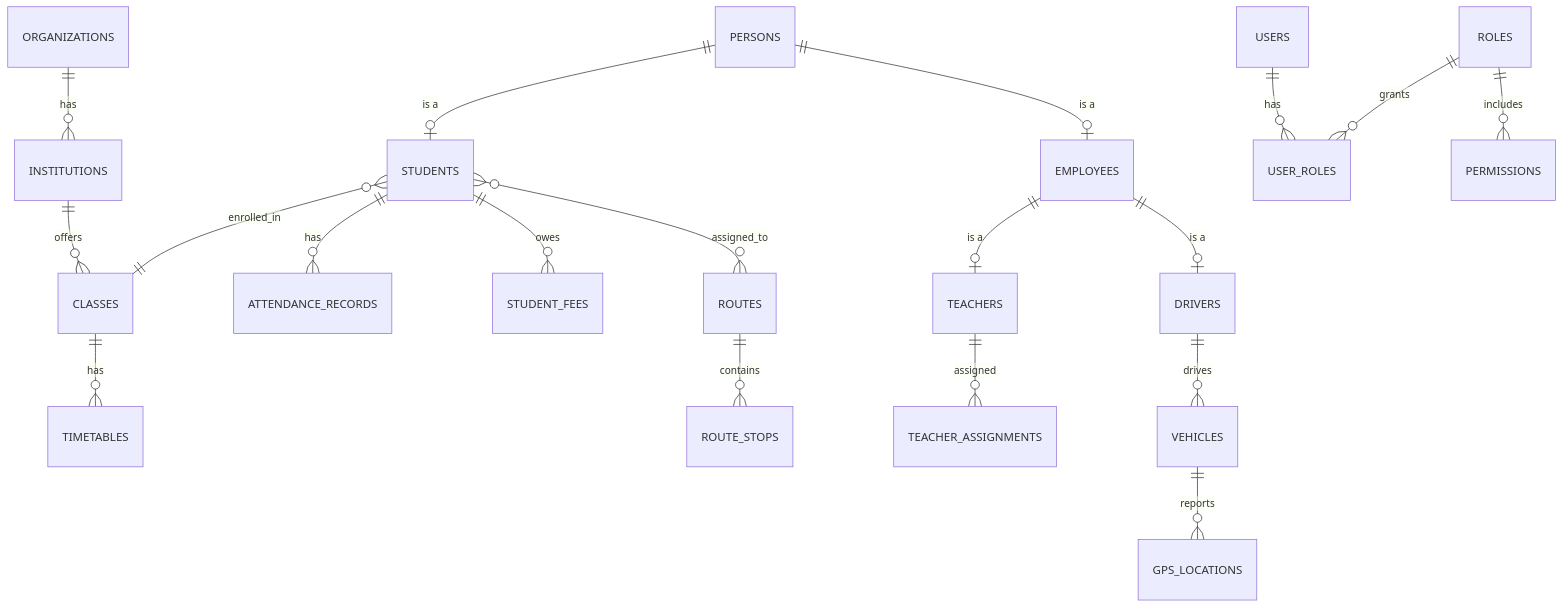
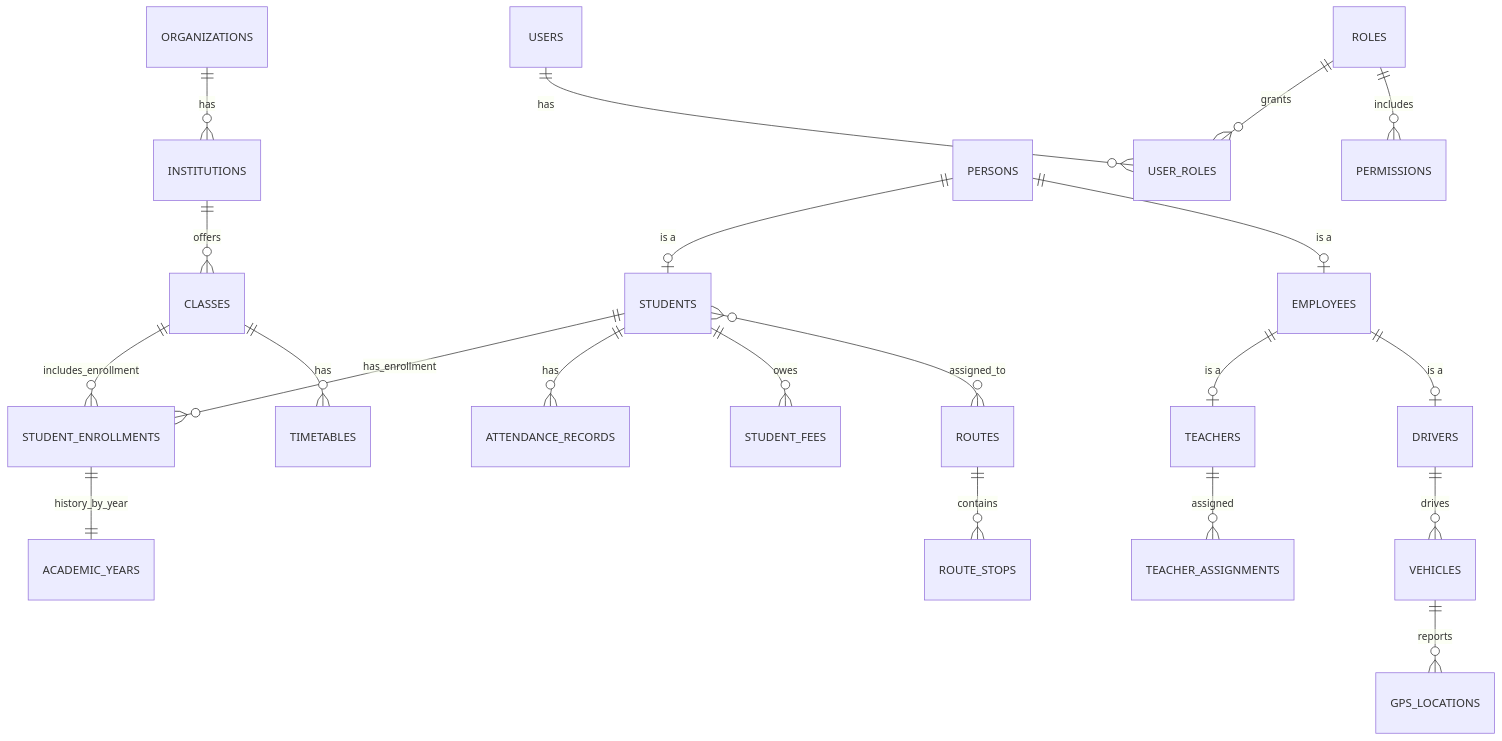
One commit to bgsmedia4u-ctrl/BGS-System changed the third of 4 diagrams in agent context/architecture.md. Above: the diagram before and after it, drawn with Mermaid. The commit also changed other lines of this file and 26 other files, not shown here.

````diff
--- a/agent context/architecture.md
+++ b/agent context/architecture.md
@@ -207,21 +207,23 @@
 ```mermaid
 erDiagram
     ORGANIZATIONS ||--o{ INSTITUTIONS : has
     INSTITUTIONS ||--o{ CLASSES : offers
     PERSONS ||--o| STUDENTS : "is a"
     PERSONS ||--o| EMPLOYEES : "is a"
     EMPLOYEES ||--o| TEACHERS : "is a"
     EMPLOYEES ||--o| DRIVERS : "is a"
-    STUDENTS }o--|| CLASSES : enrolled_in
+    STUDENTS ||--o{ STUDENT_ENROLLMENTS : "has_enrollment"
+    CLASSES ||--o{ STUDENT_ENROLLMENTS : "includes_enrollment"
+    STUDENT_ENROLLMENTS ||--|| ACADEMIC_YEARS : "history_by_year"
     TEACHERS ||--o{ TEACHER_ASSIGNMENTS : assigned
     CLASSES ||--o{ TIMETABLES : has
     STUDENTS ||--o{ ATTENDANCE_RECORDS : has
     STUDENTS ||--o{ STUDENT_FEES : owes
     DRIVERS ||--o{ VEHICLES : drives
     VEHICLES ||--o{ GPS_LOCATIONS : reports
     ROUTES ||--o{ ROUTE_STOPS : contains
     STUDENTS }o--o{ ROUTES : assigned_to
     USERS ||--o{ USER_ROLES : has
     ROLES ||--o{ USER_ROLES : grants
     ROLES ||--o{ PERMISSIONS : includes
 ```
````
